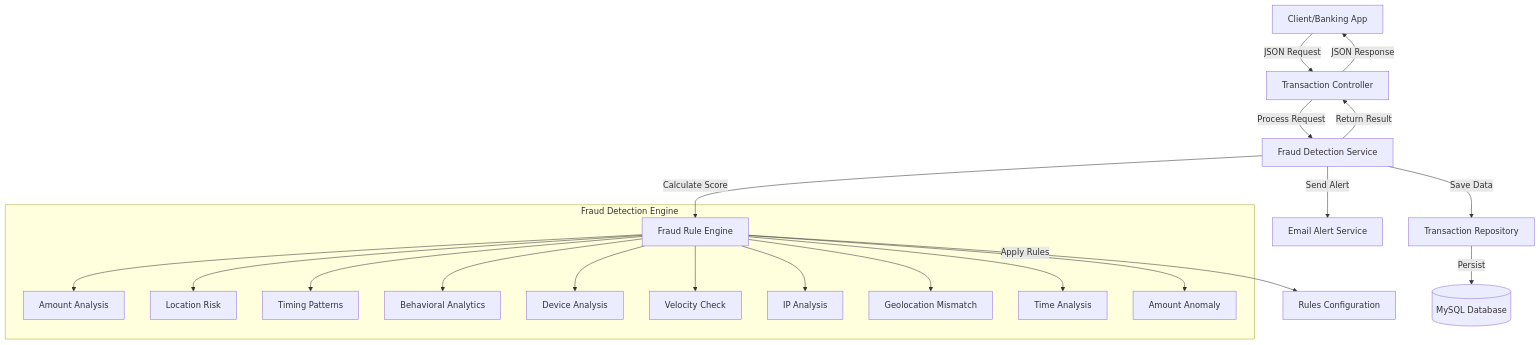
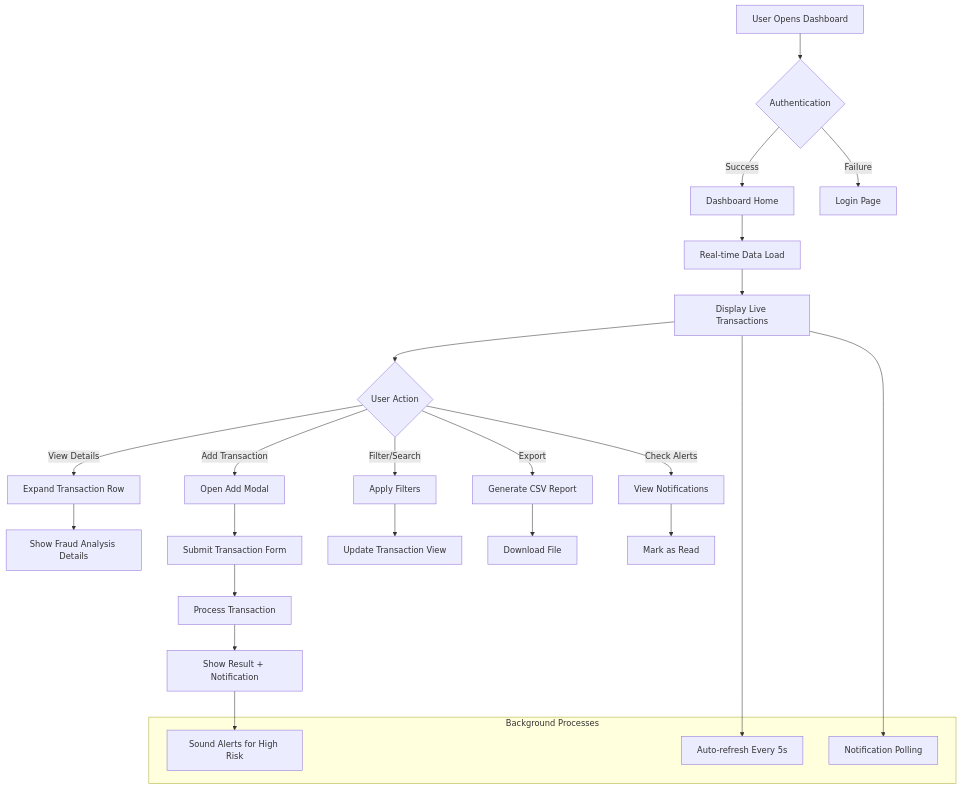
Before and after one commit to sreeraksha0123/DIGITAL_BANKING_FRAUD_DETECTION_AND_SIMULATION_ENGINE: the fifth of 6 diagrams in README.md, drawn with Mermaid. The commit also changed other lines of this file, not shown here.

First line of the commit message:
Enhance README with new badges and project details

````diff
--- a/README.md
+++ b/README.md
@@ -43,25 +313,36 @@
 ```mermaid
-graph TB
-    Client[Client/Banking App] -->|JSON Request| Controller[Transaction Controller]
-    Controller -->|Process Request| Service[Fraud Detection Service]
-    Service -->|Calculate Score| Engine[Fraud Rule Engine]
-    Engine -->|Apply Rules| Config[Rules Configuration]
-    Service -->|Save Data| Repository[Transaction Repository]
-    Repository -->|Persist| DB[(MySQL Database)]
-    Service -->|Send Alert| Alert[Email Alert Service]
-    Service -->|Return Result| Controller
-    Controller -->|JSON Response| Client
+graph TD
+    A[User Opens Dashboard] --> B{Authentication}
+    B -->|Success| C[Dashboard Home]
+    B -->|Failure| D[Login Page]
     
-    subgraph "Fraud Detection Engine"
-        Engine --> Rule1[Amount Analysis]
-        Engine --> Rule2[Location Risk]
-        Engine --> Rule3[Timing Patterns]
-        Engine --> Rule4[Behavioral Analytics]
-        Engine --> Rule5[Device Analysis]
-        Engine --> Rule6[Velocity Check]
-        Engine --> Rule7[IP Analysis]
-        Engine --> Rule8[Geolocation Mismatch]
-        Engine --> Rule9[Time Analysis]
-        Engine --> Rule10[Amount Anomaly]
+    C --> E[Real-time Data Load]
+    E --> F[Display Live Transactions]
+    
+    F --> G{User Action}
+    
+    G -->|View Details| H[Expand Transaction Row]
+    G -->|Add Transaction| I[Open Add Modal]
+    G -->|Filter/Search| J[Apply Filters]
+    G -->|Export| K[Generate CSV Report]
+    G -->|Check Alerts| L[View Notifications]
+    
+    H --> M[Show Fraud Analysis Details]
+    I --> N[Submit Transaction Form]
+    J --> O[Update Transaction View]
+    K --> P[Download File]
+    L --> Q[Mark as Read]
+    
+    N --> R[Process Transaction]
+    R --> S[Show Result + Notification]
+    
+    subgraph "Background Processes"
+        T[Auto-refresh Every 5s]
+        U[Notification Polling]
+        V[Sound Alerts for High Risk]
     end
+    
+    F --> T
+    F --> U
+    S --> V
 ```
````
